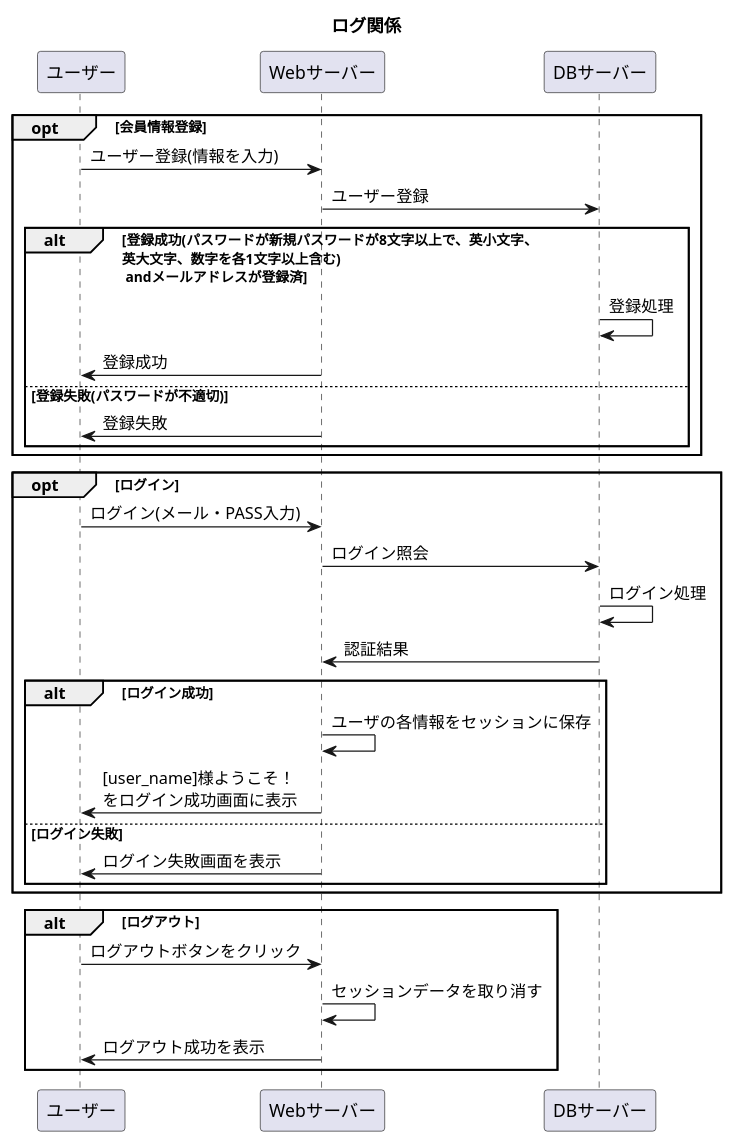
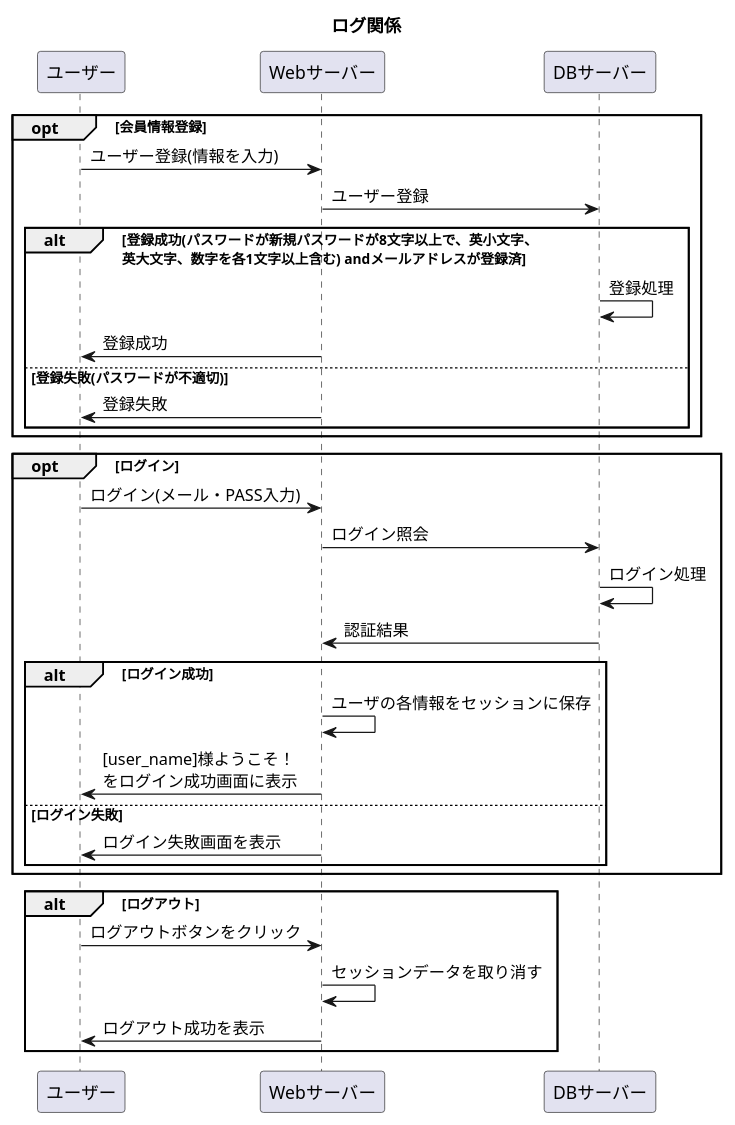
Before and after one commit to Aso2001195/Aso-Sports: the diagram in 設計書/02_業務フロー/Log-flow.md, drawn with PlantUML.

````diff
--- a/設計書/02_業務フロー/Log-flow.md
+++ b/設計書/02_業務フロー/Log-flow.md
@@ -1,33 +1,33 @@
 ```uml
 @startuml
 title: ログ関係
 opt 会員情報登録
   ユーザー -> Webサーバー : ユーザー登録(情報を入力)
   Webサーバー -> DBサーバー : ユーザー登録
-  alt 登録成功(パスワードが新規パスワードが8文字以上で、英小文字、\n英大文字、数字を各1文字以上含む) \n andメールアドレスが登録済
+  alt 登録成功(パスワードが新規パスワードが8文字以上で、英小文字、\n英大文字、数字を各1文字以上含む) andメールアドレスが登録済
     DBサーバー -> DBサーバー : 登録処理
     Webサーバー -> ユーザー : 登録成功
     else 登録失敗(パスワードが不適切)
     Webサーバー -> ユーザー : 登録失敗
   end
 end
   opt ログイン
       ユーザー -> Webサーバー : ログイン(メール・PASS入力)
       Webサーバー -> DBサーバー : ログイン照会
       DBサーバー -> DBサーバー : ログイン処理
       DBサーバー -> Webサーバー : 認証結果
       alt ログイン成功
       Webサーバー -> Webサーバー : ユーザの各情報をセッションに保存
         Webサーバー -> ユーザー : [user_name]様ようこそ！\nをログイン成功画面に表示
        else ログイン失敗
         Webサーバー -> ユーザー : ログイン失敗画面を表示
       end
  end
       
     alt ログアウト
       ユーザー ->Webサーバー :ログアウトボタンをクリック
       Webサーバー -> Webサーバー :セッションデータを取り消す
       Webサーバー -> ユーザー :ログアウト成功を表示 
      end
 @enduml
 ```
````
